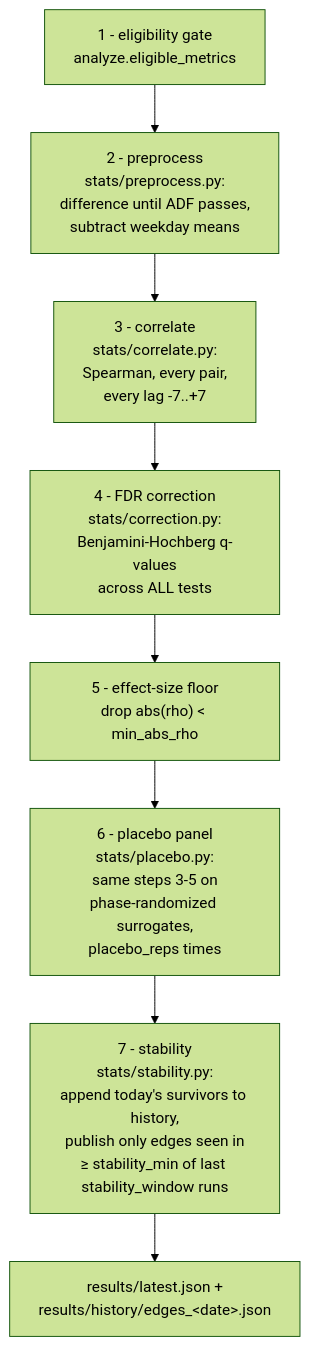
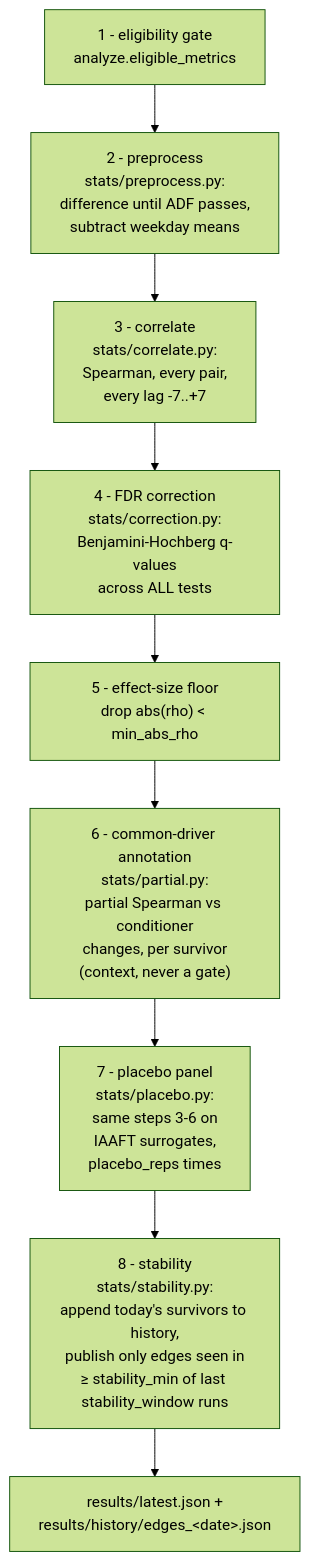
The fifth of 5 diagrams in docs/ARCHITECTURE.md (Codex-Crusader/Correlation-engine), drawn with Mermaid (forest theme) before and after one commit. The commit also changed other lines of this file and 11 other files, not shown here.

First line of the commit message:
Add common-driver annotation: partial Spearman vs VIX with same-sample verdicts

````diff
--- a/docs/ARCHITECTURE.md
+++ b/docs/ARCHITECTURE.md
@@ -159,10 +159,11 @@
 ```mermaid
 flowchart TD
     A["1 - eligibility gate<br>analyze.eligible_metrics"] --> B["2 - preprocess<br>stats/preprocess.py:<br>difference until ADF passes,<br>subtract weekday means"]
     B --> C["3 - correlate<br>stats/correlate.py:<br>Spearman, every pair,<br>every lag -7..+7"]
     C --> D["4 - FDR correction<br>stats/correction.py:<br>Benjamini-Hochberg q-values<br>across ALL tests"]
     D --> E["5 - effect-size floor<br>drop abs(rho) &lt; min_abs_rho"]
-    E --> F["6 - placebo panel<br>stats/placebo.py:<br>same steps 3-5 on<br>phase-randomized surrogates,<br>placebo_reps times"]
-    F --> G["7 - stability<br>stats/stability.py:<br>append today's survivors to history,<br>publish only edges seen in<br>&ge; stability_min of last stability_window runs"]
+    E --> P["6 - common-driver annotation<br>stats/partial.py:<br>partial Spearman vs conditioner<br>changes, per survivor<br>(context, never a gate)"]
+    P --> F["7 - placebo panel<br>stats/placebo.py:<br>same steps 3-6 on<br>IAAFT surrogates,<br>placebo_reps times"]
+    F --> G["8 - stability<br>stats/stability.py:<br>append today's survivors to history,<br>publish only edges seen in<br>&ge; stability_min of last stability_window runs"]
     G --> H["results/latest.json +<br>results/history/edges_&lt;date&gt;.json"]
 ```
````
